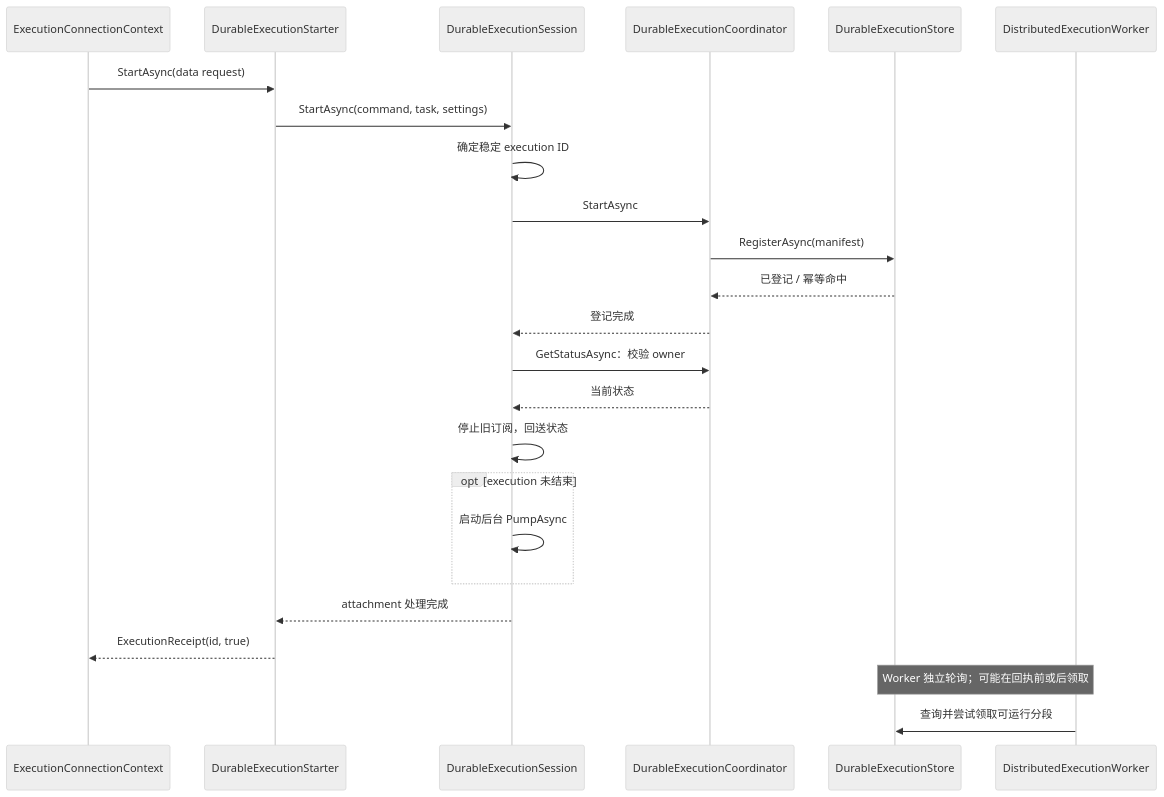
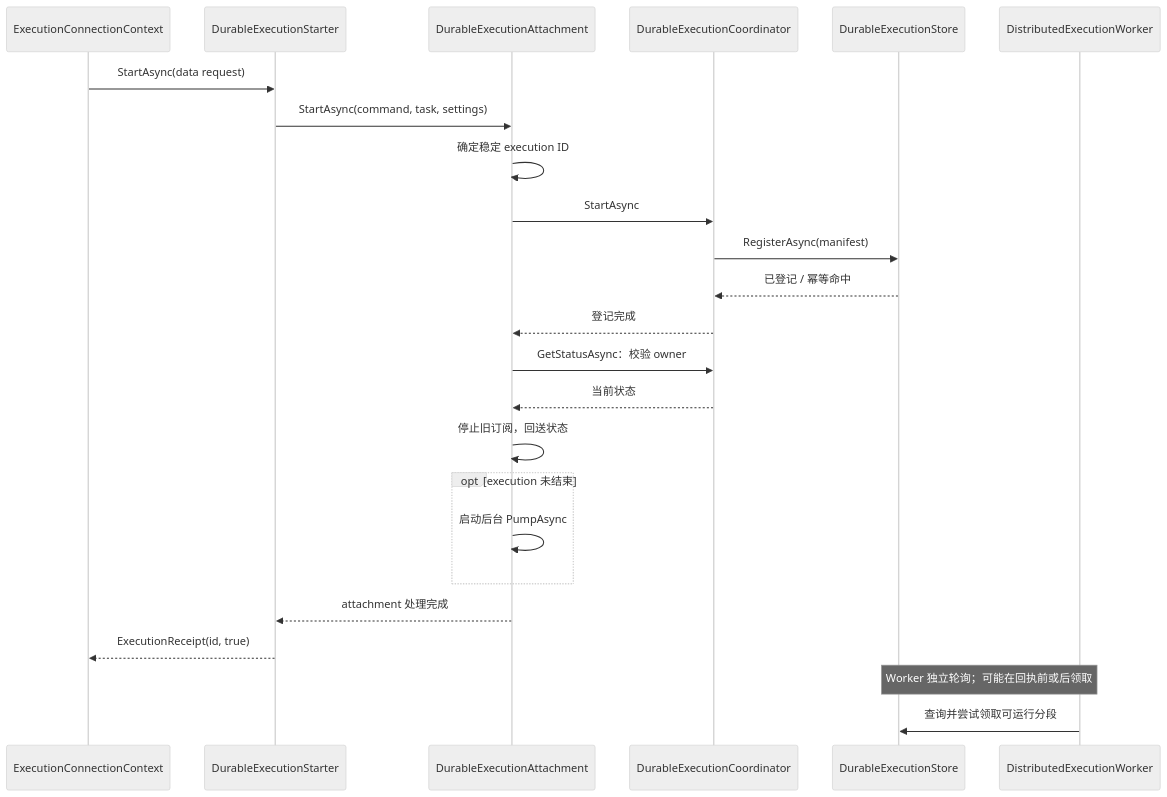
One commit to zxyao145/agw changed the third of 5 diagrams in src/server/Agw.Agents.Execution/Runtimes/README.md. Above: the diagram before and after it, drawn with Mermaid (neutral theme). The commit also changed other lines of this file and 123 other files, not shown here.

````diff
--- a/src/server/Agw.Agents.Execution/Runtimes/README.md
+++ b/src/server/Agw.Agents.Execution/Runtimes/README.md
@@ -329,26 +329,26 @@
 ```mermaid
 sequenceDiagram
     participant Context as ExecutionConnectionContext
     participant Starter as DurableExecutionStarter
-    participant Session as DurableExecutionSession
+    participant Session as DurableExecutionAttachment
     participant Coordinator as DurableExecutionCoordinator
     participant Store as DurableExecutionStore
     participant Worker as DistributedExecutionWorker
     Context->>Starter: StartAsync(data request)
     Starter->>Session: StartAsync(command, task, settings)
     Session->>Session: 确定稳定 execution ID
     Session->>Coordinator: StartAsync
     Coordinator->>Store: RegisterAsync(manifest)
     Store-->>Coordinator: 已登记 / 幂等命中
     Coordinator-->>Session: 登记完成
     Session->>Coordinator: GetStatusAsync：校验 owner
     Coordinator-->>Session: 当前状态
     Session->>Session: 停止旧订阅，回送状态
     opt execution 未结束
         Session->>Session: 启动后台 PumpAsync
     end
     Session-->>Starter: attachment 处理完成
     Starter-->>Context: ExecutionReceipt(id, true)
     Note over Store,Worker: Worker 独立轮询；可能在回执前或后领取
     Worker->>Store: 查询并尝试领取可运行分段
 ```
````
